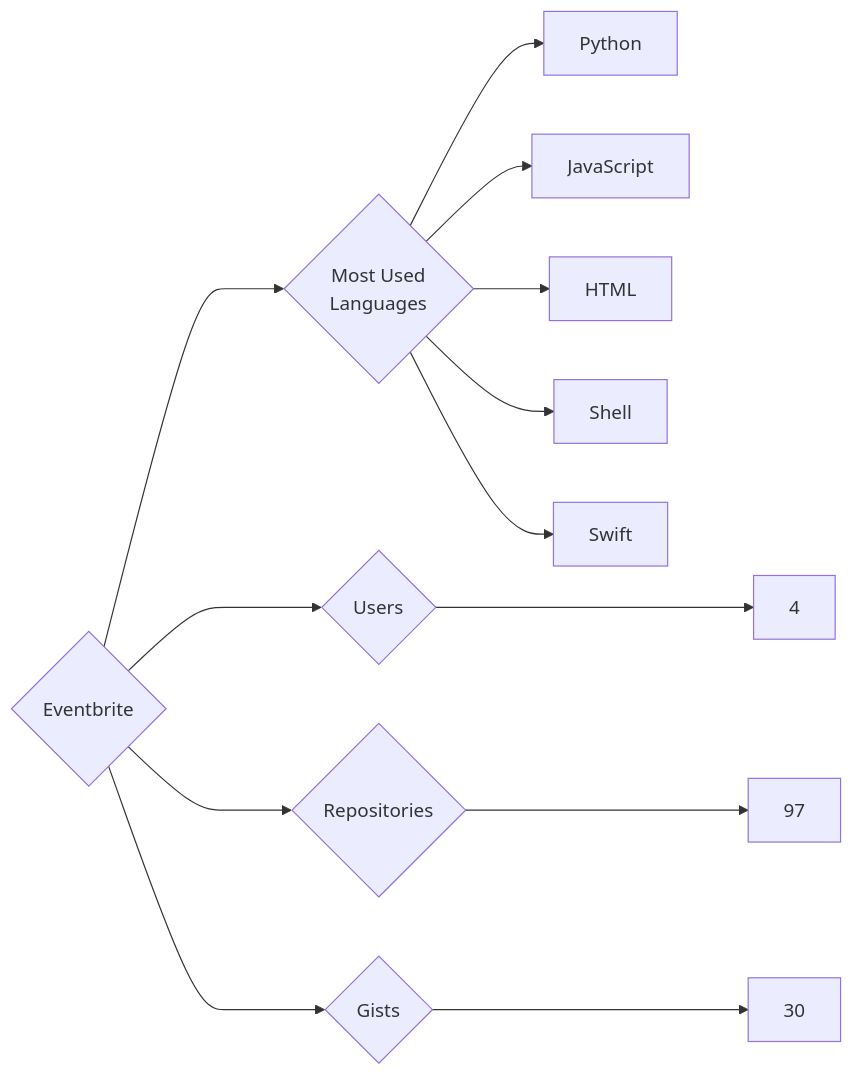
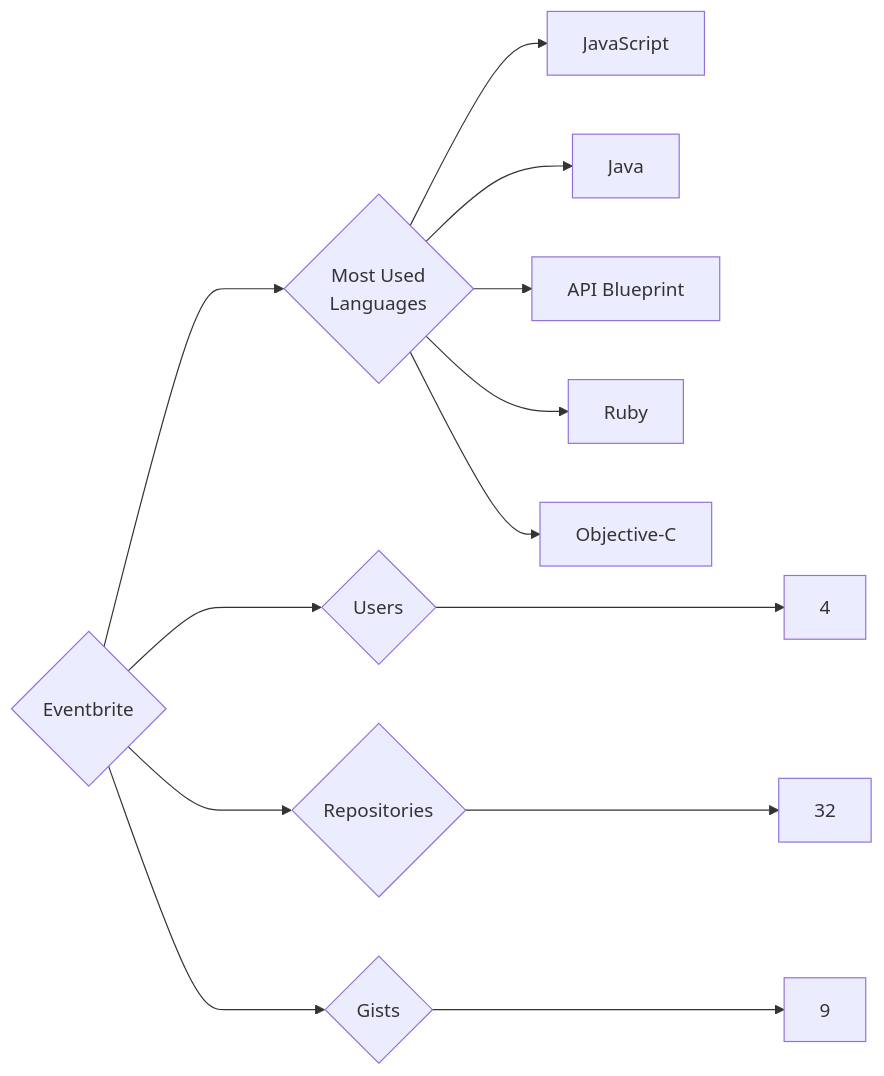
One commit to trickest/insiders changed the diagram in targets/Eventbrite/README.md. Above: the diagram before and after it, drawn with Mermaid. The commit also changed 865 other files, not shown here.

````diff
--- a/targets/Eventbrite/README.md
+++ b/targets/Eventbrite/README.md
@@ -3,13 +3,13 @@
 ```mermaid
 graph LR
 COMPANY_NAME{Eventbrite}
 COMPANY_NAME ---> U{Users} ---> UN[4]
-COMPANY_NAME ---> R{Repositories} ---> RN[97]
-COMPANY_NAME ---> G{Gists} ---> GN[30]
+COMPANY_NAME ---> R{Repositories} ---> RN[32]
+COMPANY_NAME ---> G{Gists} ---> GN[9]
 COMPANY_NAME ---> ML{Most Used<br>Languages}
-ML --> Python[Python]
 ML --> JavaScript[JavaScript]
-ML --> HTML[HTML]
-ML --> Shell[Shell]
-ML --> Swift[Swift]
+ML --> Java[Java]
+ML --> API_Blueprint[API Blueprint]
+ML --> Ruby[Ruby]
+ML --> Objective-C[Objective-C]
 ```
````
